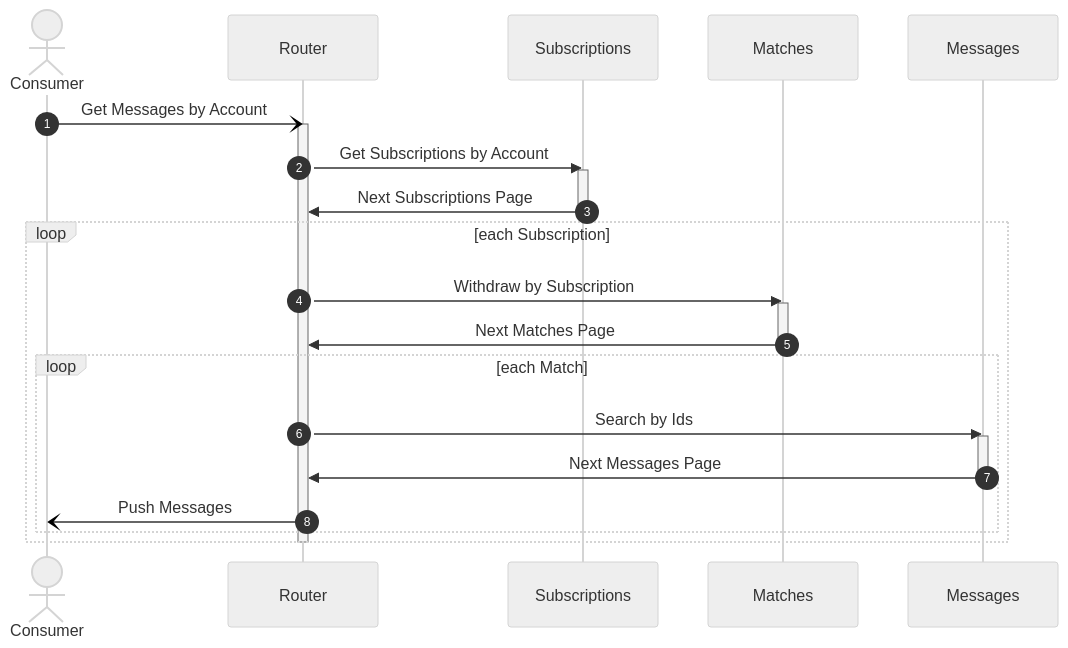
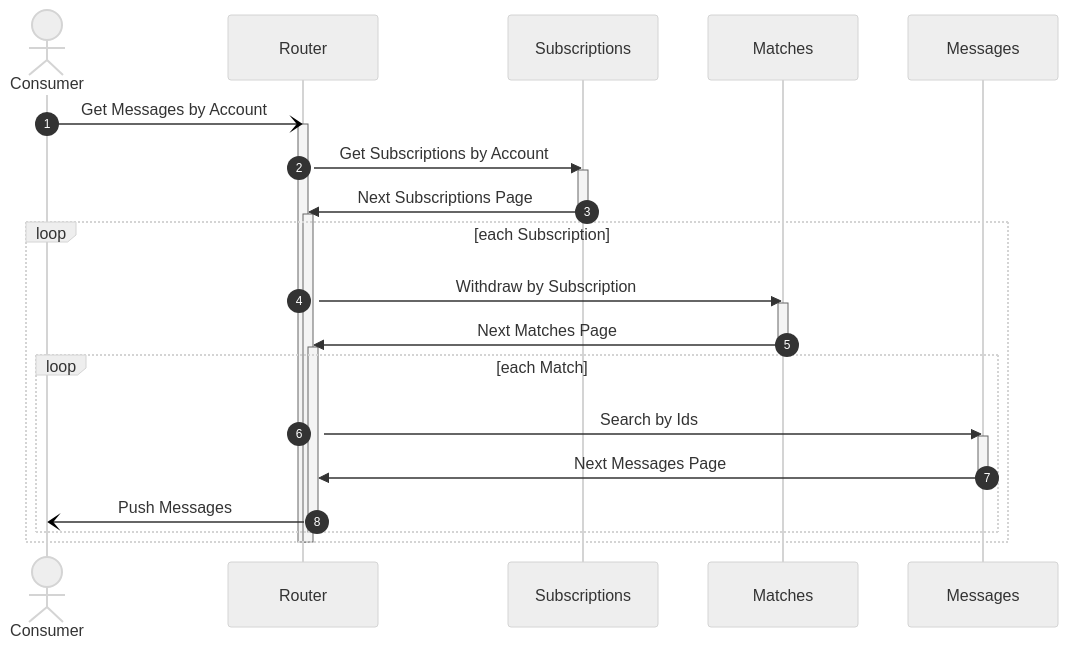
The second of 2 diagrams in profile/README.md (awakari/.github), drawn with Mermaid before and after one commit.

Commit message:
readme update

````diff
--- a/profile/README.md
+++ b/profile/README.md
@@ -173,41 +173,45 @@
 ```mermaid
 %%{init: {'theme': 'neutral' } }%%
 sequenceDiagram
 
     autonumber
 
     actor Consumer
     participant Router
     participant Subscriptions
     participant Matches
     participant Messages
 
     Consumer-)Router: Get Messages by Account
     activate Router
     Router->>Subscriptions: Get Subscriptions by Account
     
     activate Subscriptions
     Subscriptions->>Router: Next Subscriptions Page
     deactivate Subscriptions
     
+    activate Router
     loop each Subscription
     
         Router->>Matches: Withdraw by Subscription
         activate Matches
         Matches->>Router: Next Matches Page
         deactivate Matches
         
+        activate Router
         loop each Match
             
             Router->>Messages: Search by Ids
             activate Messages
             Messages->>Router: Next Messages Page
             deactivate Messages
             Router-)Consumer: Push Messages
             
         end
+        deactivate Router
          
     end
+    deactivate Router
         
     deactivate Router
 ```
````
